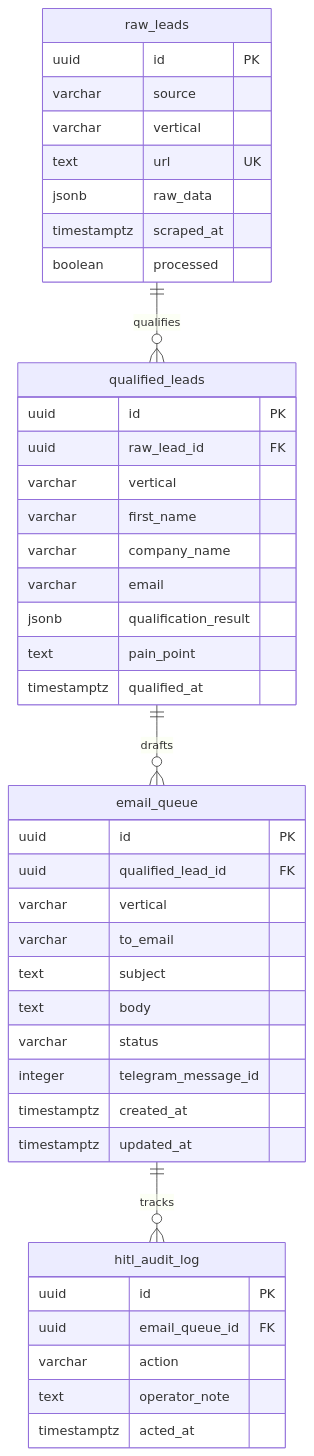
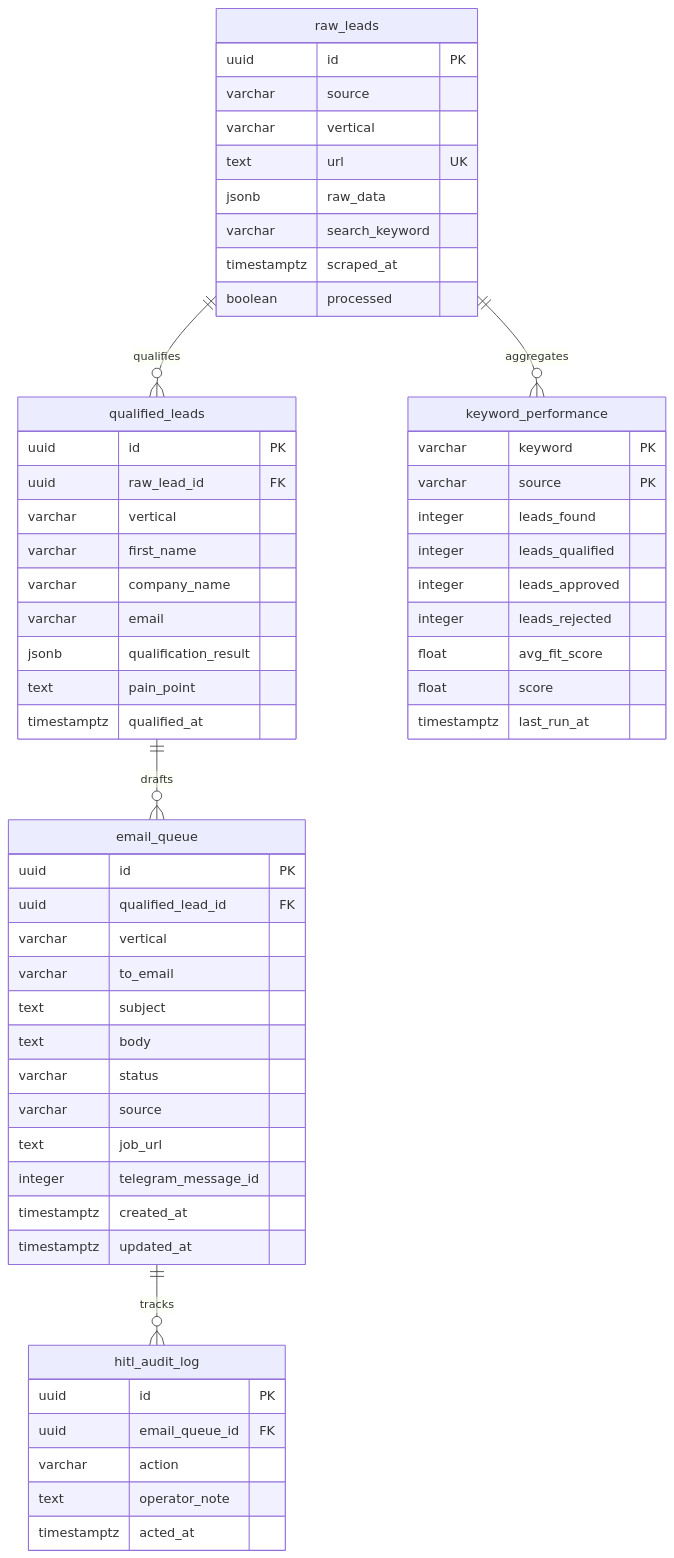
One commit to sebasram2005/prospeccion_agente changed the third of 3 diagrams in README.md. Above: the diagram before and after it, drawn with Mermaid. The commit also changed other lines of this file, not shown here.

````diff
--- a/README.md
+++ b/README.md
@@ -135,49 +173,65 @@
 ```mermaid
 erDiagram
     raw_leads ||--o{ qualified_leads : "qualifies"
     qualified_leads ||--o{ email_queue : "drafts"
     email_queue ||--o{ hitl_audit_log : "tracks"
+    raw_leads ||--o{ keyword_performance : "aggregates"
 
     raw_leads {
         uuid id PK
         varchar source
         varchar vertical
         text url UK
         jsonb raw_data
+        varchar search_keyword
         timestamptz scraped_at
         boolean processed
     }
 
     qualified_leads {
         uuid id PK
         uuid raw_lead_id FK
         varchar vertical
         varchar first_name
         varchar company_name
         varchar email
         jsonb qualification_result
         text pain_point
         timestamptz qualified_at
     }
 
     email_queue {
         uuid id PK
         uuid qualified_lead_id FK
         varchar vertical
         varchar to_email
         text subject
         text body
         varchar status
+        varchar source
+        text job_url
         integer telegram_message_id
         timestamptz created_at
         timestamptz updated_at
     }
 
     hitl_audit_log {
         uuid id PK
         uuid email_queue_id FK
         varchar action
         text operator_note
         timestamptz acted_at
     }
+
+    keyword_performance {
+        varchar keyword PK
+        varchar source PK
+        integer leads_found
+        integer leads_qualified
+        integer leads_approved
+        integer leads_rejected
+        float avg_fit_score
+        float score
+        timestamptz last_run_at
+    }
 ```
````
